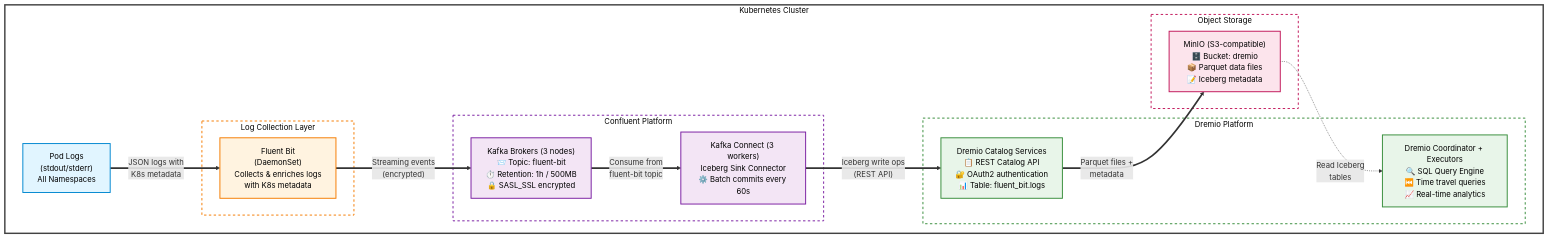
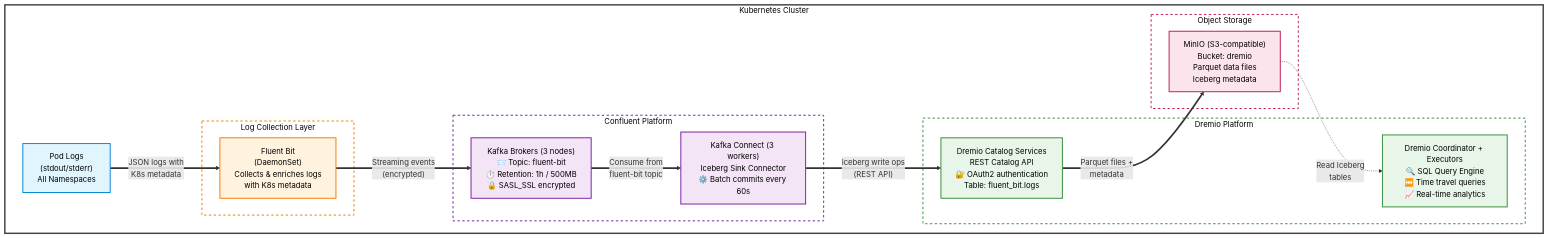
Before and after one commit to carlos-ffs/confluent-dremio-flink-logs: the diagram in README.md, drawn with Mermaid. The commit also changed other lines of this file, not shown here.

````diff
--- a/README.md
+++ b/README.md
@@ -24,45 +47,45 @@
 ```mermaid
 graph TB
     subgraph k8s["Kubernetes Cluster"]
         pods["Pod Logs<br/>(stdout/stderr)<br/>All Namespaces"]
 
         subgraph fluent["Log Collection Layer"]
             fb["Fluent Bit<br/>(DaemonSet)<br/>Collects & enriches logs<br/>with K8s metadata"]
         end
 
         subgraph confluent["Confluent Platform"]
             kafka["Kafka Brokers (3 nodes)<br/>📨 Topic: fluent-bit<br/>⏱️ Retention: 1h / 500MB<br/>🔒 SASL_SSL encrypted"]
             connect["Kafka Connect (3 workers)<br/>Iceberg Sink Connector<br/>⚙️ Batch commits every 60s"]
         end
 
         subgraph dremio["Dremio Platform"]
-            catalog["Dremio Catalog Services<br/>📋 REST Catalog API<br/>🔐 OAuth2 authentication<br/>📊 Table: fluent_bit.logs"]
+            catalog["Dremio Catalog Services<br/>REST Catalog API<br/>🔐 OAuth2 authentication<br/>Table: fluent_bit.logs"]
             coordinator["Dremio Coordinator + Executors<br/>🔍 SQL Query Engine<br/>⏮️ Time travel queries<br/>📈 Real-time analytics"]
         end
 
         subgraph storage["Object Storage"]
-            minio["MinIO (S3-compatible)<br/>🗄️ Bucket: dremio<br/>📦 Parquet data files<br/>📝 Iceberg metadata"]
+            minio["MinIO (S3-compatible)<br/>Bucket: dremio<br/>Parquet data files<br/>Iceberg metadata"]
         end
     end
 
     pods ==>|"JSON logs with<br/>K8s metadata"| fb
     fb ==>|"Streaming events<br/>(encrypted)"| kafka
     kafka ==>|"Consume from<br/>fluent-bit topic"| connect
     connect ==>|"Iceberg write ops<br/>(REST API)"| catalog
     catalog ==>|"Parquet files +<br/>metadata"| minio
     minio -.->|"Read Iceberg<br/>tables"| coordinator
 
     style pods fill:#e1f5ff,stroke:#0288d1,stroke-width:2px,color:#000
     style fb fill:#fff3e0,stroke:#f57c00,stroke-width:2px,color:#000
     style kafka fill:#f3e5f5,stroke:#7b1fa2,stroke-width:2px,color:#000
     style connect fill:#f3e5f5,stroke:#7b1fa2,stroke-width:2px,color:#000
     style catalog fill:#e8f5e9,stroke:#388e3c,stroke-width:2px,color:#000
     style coordinator fill:#e8f5e9,stroke:#388e3c,stroke-width:2px,color:#000
     style minio fill:#fce4ec,stroke:#c2185b,stroke-width:2px,color:#000
 
     style k8s fill:none,stroke:#424242,stroke-width:3px,color:#000
     style fluent fill:none,stroke:#f57c00,stroke-width:2px,stroke-dasharray: 5 5,color:#000
     style confluent fill:none,stroke:#7b1fa2,stroke-width:2px,stroke-dasharray: 5 5,color:#000
     style dremio fill:none,stroke:#388e3c,stroke-width:2px,stroke-dasharray: 5 5,color:#000
     style storage fill:none,stroke:#c2185b,stroke-width:2px,stroke-dasharray: 5 5,color:#000
 ```
````
